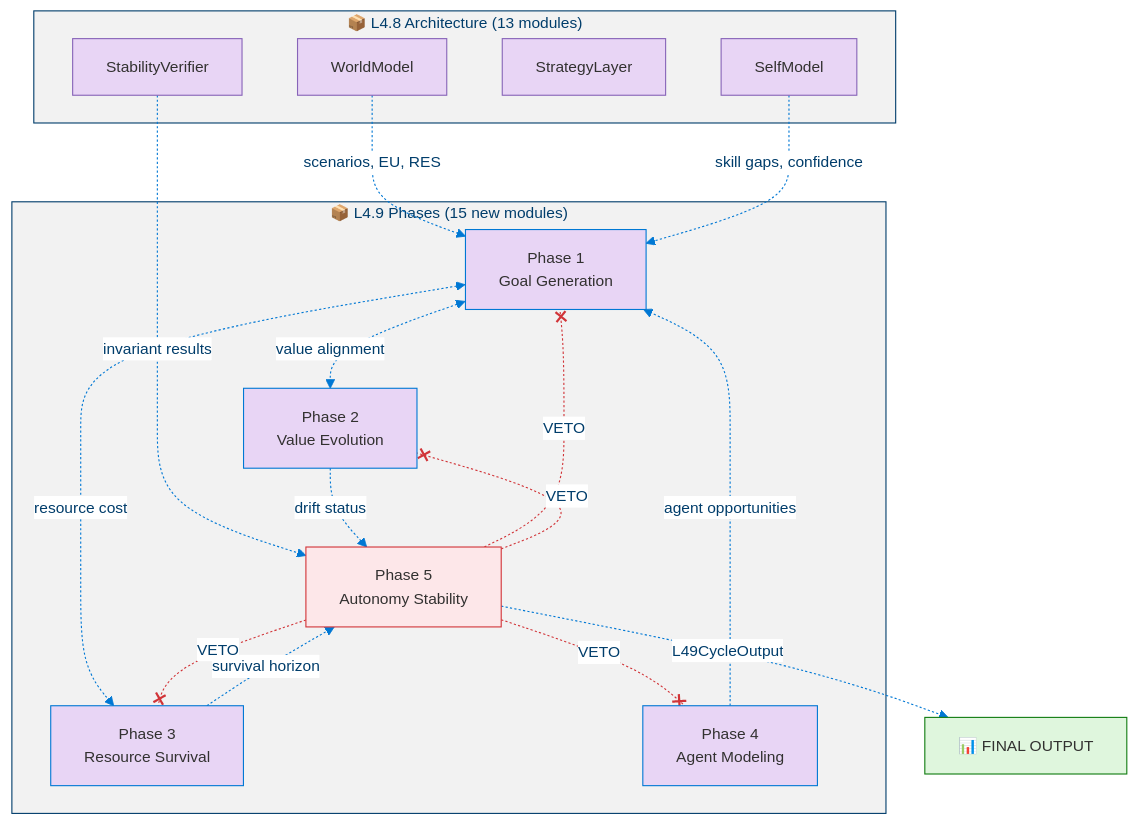
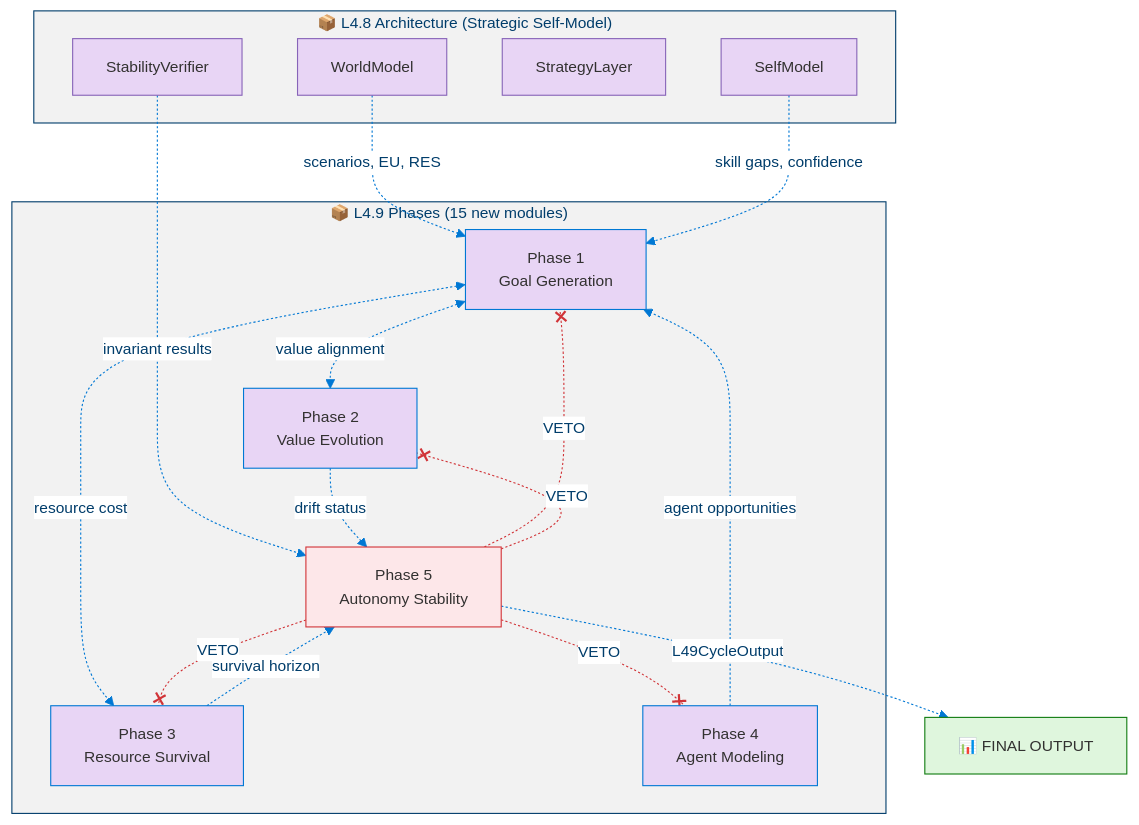
Diagram 17 of 19 in docs/levels/Level_4_9_Autonomous_Strategic_Agent.md (dotnetpower/mscp), drawn with Mermaid before and after one commit. The commit also changed other lines of this file and 16 other files, not shown here.

````diff
--- a/docs/levels/Level_4_9_Autonomous_Strategic_Agent.md
+++ b/docs/levels/Level_4_9_Autonomous_Strategic_Agent.md
@@ -884,44 +885,44 @@
 ```mermaid
 %%{init: {'theme': 'base', 'themeVariables': {'primaryColor': '#0078D4', 'primaryTextColor': '#003D6B', 'primaryBorderColor': '#003D6B', 'secondaryColor': '#50E6FF', 'secondaryTextColor': '#323130', 'secondaryBorderColor': '#00BCF2', 'tertiaryColor': '#F2F2F2', 'tertiaryTextColor': '#323130', 'lineColor': '#0078D4', 'textColor': '#323130', 'mainBkg': '#DEECF9', 'nodeBorder': '#0078D4', 'clusterBkg': '#F2F2F2', 'clusterBorder': '#003D6B', 'titleColor': '#003D6B', 'edgeLabelBackground': '#FFFFFF', 'fontSize': '14px'}}}%%
 flowchart TD
   classDef l48 fill:#E8D5F5,stroke:#8764B8,color:#323130
   classDef phase fill:#E8D5F5,stroke:#0078D4,color:#323130
   classDef p5 fill:#FDE7E9,stroke:#D13438,color:#323130
   classDef out fill:#DFF6DD,stroke:#107C10,color:#323130
 
-  subgraph L48["📦 L4.8 Architecture (13 modules)"]
+  subgraph L48["📦 L4.8 Architecture (Strategic Self-Model)"]
     L48W["WorldModel"]:::l48
     L48S["SelfModel"]:::l48
     L48ST["StrategyLayer"]:::l48
     L48SV["StabilityVerifier"]:::l48
   end
 
   subgraph L49Phases["📦 L4.9 Phases (15 new modules)"]
     P1G["Phase 1<br/>Goal Generation"]:::phase
     P2V["Phase 2<br/>Value Evolution"]:::phase
     P3R["Phase 3<br/>Resource Survival"]:::phase
     P4A["Phase 4<br/>Agent Modeling"]:::phase
     P5S["Phase 5<br/>Autonomy Stability"]:::p5
   end
 
   OUTPUT["📊 FINAL OUTPUT"]:::out
 
   L48W -.->|"scenarios, EU, RES"| P1G
   L48S -.->|"skill gaps, confidence"| P1G
   L48SV -.->|"invariant results"| P5S
 
   P1G <-.->|"value alignment"| P2V
   P1G <-.->|"resource cost"| P3R
   P4A -.->|"agent opportunities"| P1G
   P3R -.->|"survival horizon"| P5S
   P2V -.->|"drift status"| P5S
 
   P5S -.-x|"VETO"| P1G
   P5S -.-x|"VETO"| P2V
   P5S -.-x|"VETO"| P3R
   P5S -.-x|"VETO"| P4A
 
   P5S -.->|"L49CycleOutput"| OUTPUT
 
   linkStyle 8,9,10,11 stroke:#D13438
 ```
````
